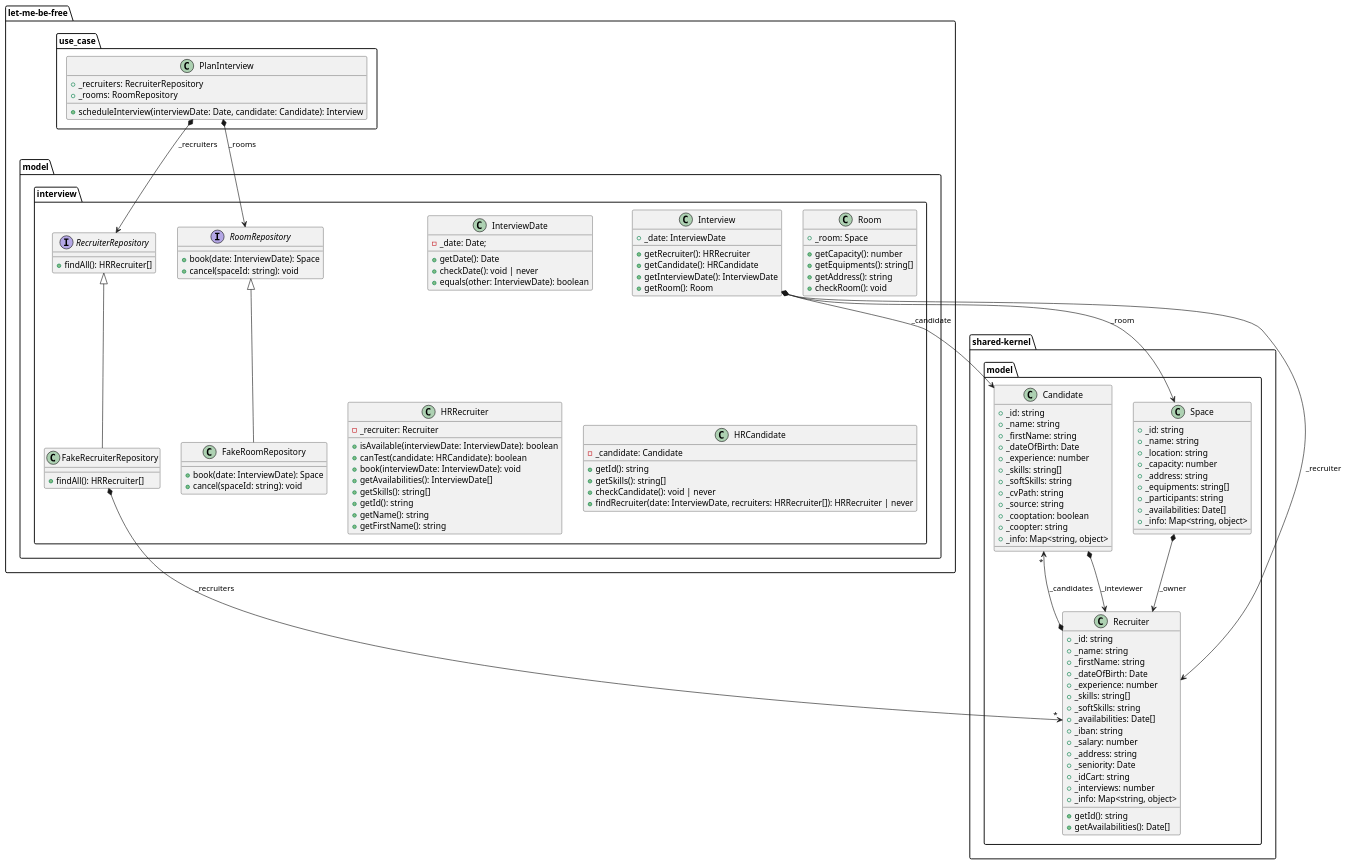
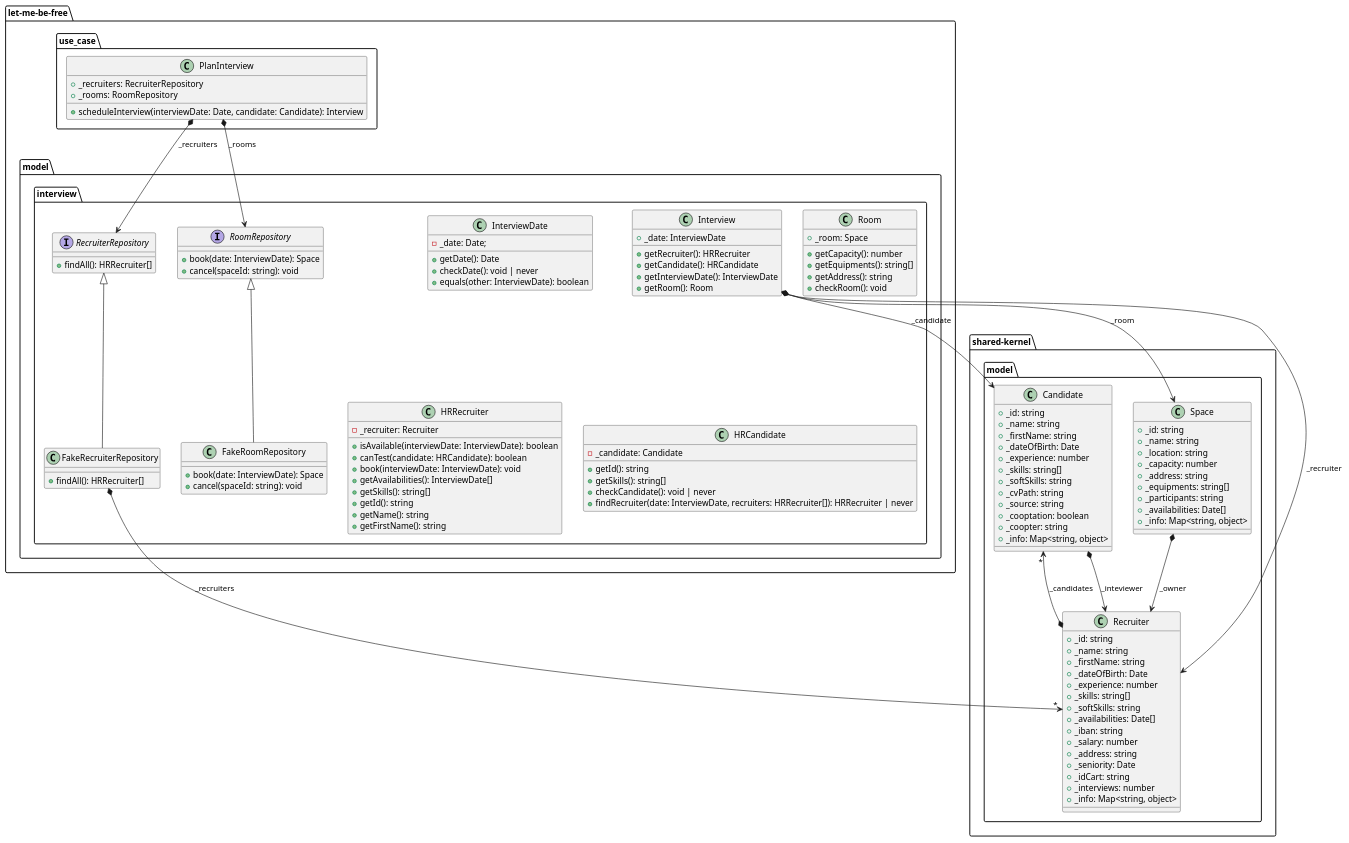
One commit to jwloka/dddeu22-let-me-be-free-typescript changed the diagram in src/domain-model.puml. Above: the diagram before and after it, drawn with PlantUML.

Commit message:
d Updates domain-model

```diff
--- a/src/domain-model.puml
+++ b/src/domain-model.puml
@@ -1,136 +1,134 @@
 @startuml name "Domain Model"
 
 package "shared-kernel.model" {
     class Candidate {
         +_id: string
         +_name: string
         +_firstName: string
         +_dateOfBirth: Date
         +_experience: number
         +_skills: string[]
         +_softSkills: string
         +_cvPath: string
         +_source: string
         +_cooptation: boolean
         +_coopter: string
         +_info: Map<string, object>
     }
 
     class Recruiter {
         +_id: string
         +_name: string
         +_firstName: string
         +_dateOfBirth: Date
         +_experience: number
         +_skills: string[]
         +_softSkills: string
         +_availabilities: Date[]
         +_iban: string
         +_salary: number
         +_address: string
         +_seniority: Date
         +_idCart: string
         +_interviews: number
         +_info: Map<string, object>
-        +getId(): string
-        +getAvailabilities(): Date[]
 
     }
 
     class Space {
         +_id: string
         +_name: string
         +_location: string
         +_capacity: number
         +_address: string
         +_equipments: string[]
         +_participants: string
         +_availabilities: Date[]
         +_info: Map<string, object>
     }
 
     Space *--> Recruiter : _owner
     Recruiter <--* Candidate : _inteviewer
     Candidate "*" <--* Recruiter : _candidates
 }
 
 package "let-me-be-free.model.interview" {
     interface RecruiterRepository {
         +findAll(): HRRecruiter[]
     }
 
     interface RoomRepository {
         +book(date: InterviewDate): Space
         +cancel(spaceId: string): void
     }
 
     class Interview {
         +_date: InterviewDate
         + getRecruiter(): HRRecruiter
         + getCandidate(): HRCandidate
         + getInterviewDate(): InterviewDate
         + getRoom(): Room
     }
 
     class InterviewDate {
         -_date: Date;
         + getDate(): Date
         + checkDate(): void | never
         + equals(other: InterviewDate): boolean 
     }
 
     class Room {
         +_room: Space
         +getCapacity(): number
         +getEquipments(): string[]
         +getAddress(): string
         +checkRoom(): void
     }
 
     class HRRecruiter {
         -_recruiter: Recruiter
         + isAvailable(interviewDate: InterviewDate): boolean
         + canTest(candidate: HRCandidate): boolean
         + book(interviewDate: InterviewDate): void
         + getAvailabilities(): InterviewDate[]
         + getSkills(): string[]
         + getId(): string
         + getName(): string
         + getFirstName(): string
     }
 
     class HRCandidate {
         -_candidate: Candidate
         +getId(): string
         +getSkills(): string[]
         +checkCandidate(): void | never
         +findRecruiter(date: InterviewDate, recruiters: HRRecruiter[]): HRRecruiter | never
 
     }
 
     class FakeRoomRepository extends RoomRepository {
         +book(date: InterviewDate): Space
         +cancel(spaceId: string): void
     }
 
     class FakeRecruiterRepository extends RecruiterRepository {
         +findAll(): HRRecruiter[]
     }
 
     FakeRecruiterRepository *--> "*" Recruiter : _recruiters
     Interview *--> Recruiter : _recruiter
     Interview *--> Candidate : _candidate
     Interview *--> Space : _room
 }
 
 package "let-me-be-free.use_case" {
     class PlanInterview {
         +_recruiters: RecruiterRepository
         +_rooms: RoomRepository
         +scheduleInterview(interviewDate: Date, candidate: Candidate): Interview
     }
 
     PlanInterview *--> RecruiterRepository : _recruiters
     PlanInterview *--> RoomRepository : _rooms
 }
 @enduml
```
